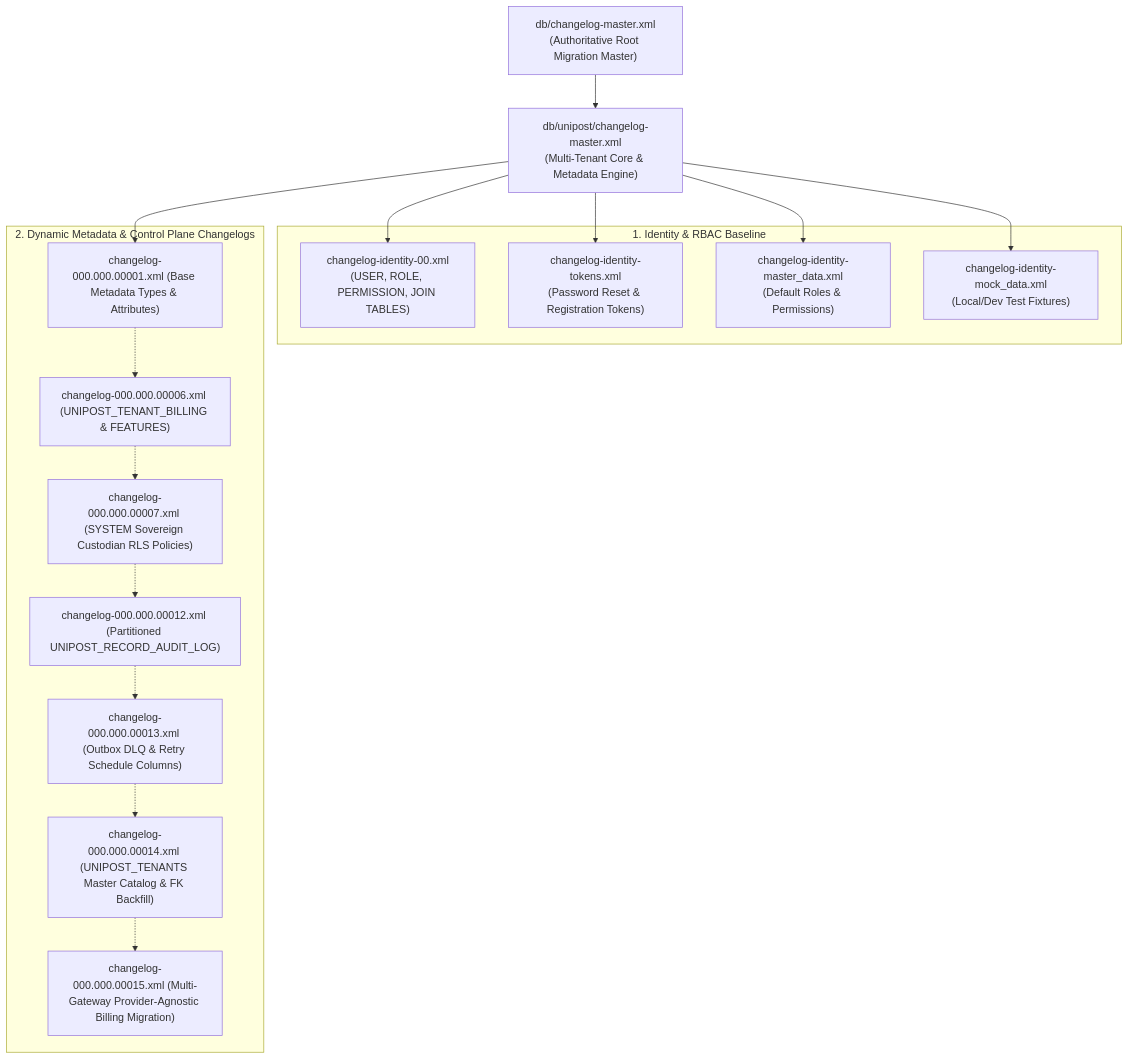
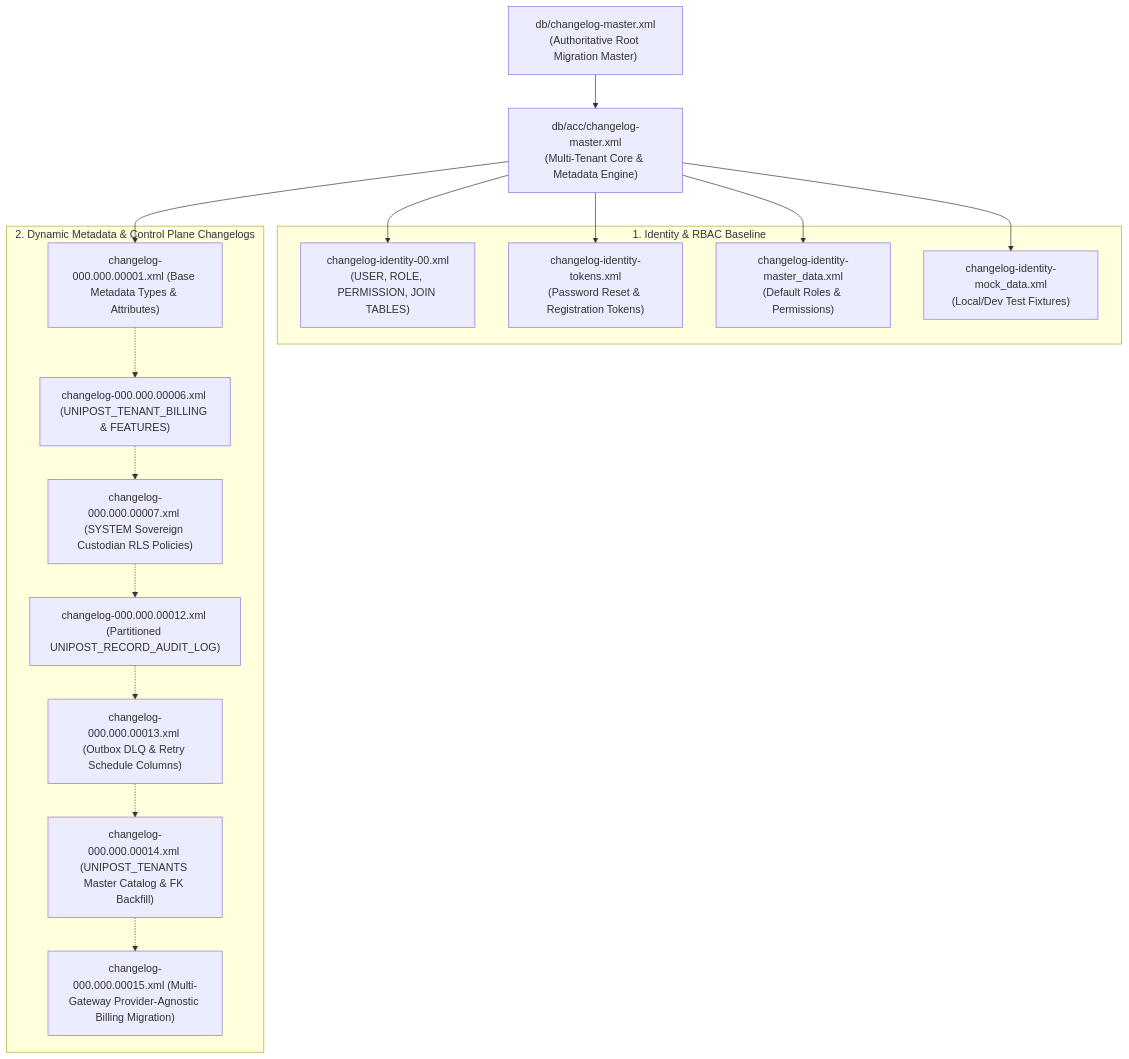
The eighth of 8 diagrams in docs/master_database_schema_architecture.md (tamanle23/acc), drawn with Mermaid before and after one commit. The commit also changed other lines of this file and 2869 other files, not shown here.

Commit message:
Replace unipost with acc

````diff
--- a/docs/master_database_schema_architecture.md
+++ b/docs/master_database_schema_architecture.md
@@ -861,35 +861,35 @@
 ```mermaid
 graph TD
     Master["db/changelog-master.xml\n(Authoritative Root Migration Master)"]
-    UnipostMaster["db/unipost/changelog-master.xml\n(Multi-Tenant Core & Metadata Engine)"]
+    UnipostMaster["db/acc/changelog-master.xml\n(Multi-Tenant Core & Metadata Engine)"]
 
     subgraph IdentityBaseline ["1. Identity & RBAC Baseline"]
         ID00["changelog-identity-00.xml\n(USER, ROLE, PERMISSION, JOIN TABLES)"]
         IDTokens["changelog-identity-tokens.xml\n(Password Reset & Registration Tokens)"]
         IDMaster["changelog-identity-master_data.xml\n(Default Roles & Permissions)"]
         IDMock["changelog-identity-mock_data.xml\n(Local/Dev Test Fixtures)"]
     end
 
     subgraph CoreIncremental ["2. Dynamic Metadata & Control Plane Changelogs"]
         C01["changelog-000.000.00001.xml (Base Metadata Types & Attributes)"]
         C06["changelog-000.000.00006.xml (UNIPOST_TENANT_BILLING & FEATURES)"]
         C07["changelog-000.000.00007.xml (SYSTEM Sovereign Custodian RLS Policies)"]
         C12["changelog-000.000.00012.xml (Partitioned UNIPOST_RECORD_AUDIT_LOG)"]
         C13["changelog-000.000.00013.xml (Outbox DLQ & Retry Schedule Columns)"]
         C14["changelog-000.000.00014.xml (UNIPOST_TENANTS Master Catalog & FK Backfill)"]
         C15["changelog-000.000.00015.xml (Multi-Gateway Provider-Agnostic Billing Migration)"]
     end
 
     Master --> UnipostMaster
     UnipostMaster --> ID00
     UnipostMaster --> IDTokens
     UnipostMaster --> IDMaster
     UnipostMaster --> IDMock
     UnipostMaster --> C01
     C01 -.-> C06
     C06 -.-> C07
     C07 -.-> C12
     C12 -.-> C13
     C13 -.-> C14
     C14 -.-> C15
 ```
````
